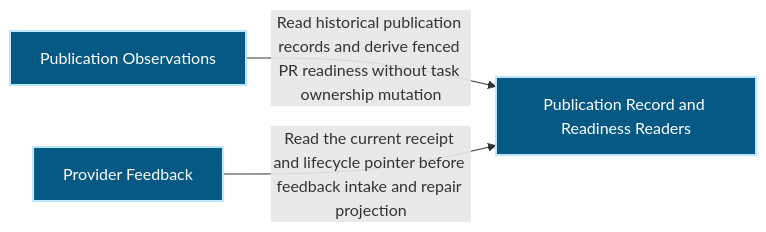
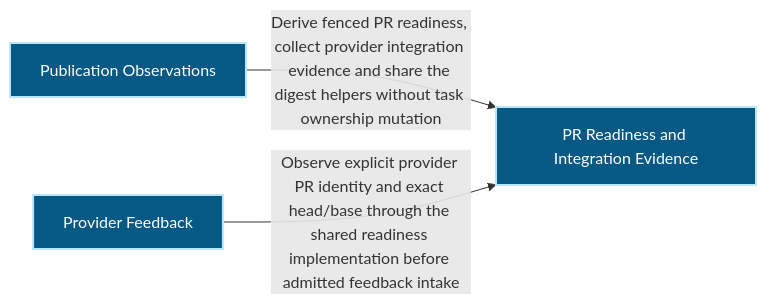
Before and after one commit to Ancienttwo/repo-harness: the first of 2 diagrams in docs/architecture/modules/organization/publication.md, drawn with Mermaid. The commit also changed other lines of this file and 27 other files, not shown here.

First line of the commit message:
chore(projection): refresh generated architecture outputs for main@bbf18043e43e

````diff
--- a/docs/architecture/modules/organization/publication.md
+++ b/docs/architecture/modules/organization/publication.md
@@ -16,12 +16,12 @@
 ```mermaid
 flowchart LR
   p1_capability_organization_publication_44355620["Publication Observations"]:::component
-  p1_component_publication_primary_d7ca6a90["Publication Record and Readiness Readers"]:::component
+  p1_component_publication_primary_d7ca6a90["PR Readiness and Integration Evidence"]:::component
   p1_component_publication_provider_feedback_f0705608["Provider Feedback"]:::component
-  p1_capability_organization_publication_44355620 -->|"Read historical publication records and derive fenced PR readiness without task ownership mutation"| p1_component_publication_primary_d7ca6a90
-  p1_component_publication_provider_feedback_f0705608 -->|"Read the current receipt and lifecycle pointer before feedback intake and repair projection"| p1_component_publication_primary_d7ca6a90
+  p1_capability_organization_publication_44355620 -->|"Derive fenced PR readiness#44; collect provider integration evidence and share the digest helpers without task ownership mutation"| p1_component_publication_primary_d7ca6a90
+  p1_component_publication_provider_feedback_f0705608 -->|"Observe explicit provider PR identity and exact head/base through the shared readiness implementation before admitted feedback intake"| p1_component_publication_primary_d7ca6a90
   classDef actor fill:#111827,color:#ffffff,stroke:#f9fafb,stroke-width:2px
   classDef component fill:#075985,color:#ffffff,stroke:#bae6fd,stroke-width:2px
   classDef datastore fill:#3f6212,color:#ffffff,stroke:#d9f99d,stroke-width:2px
   classDef external fill:#7c2d12,color:#ffffff,stroke:#fed7aa,stroke-width:2px
 ```
````
